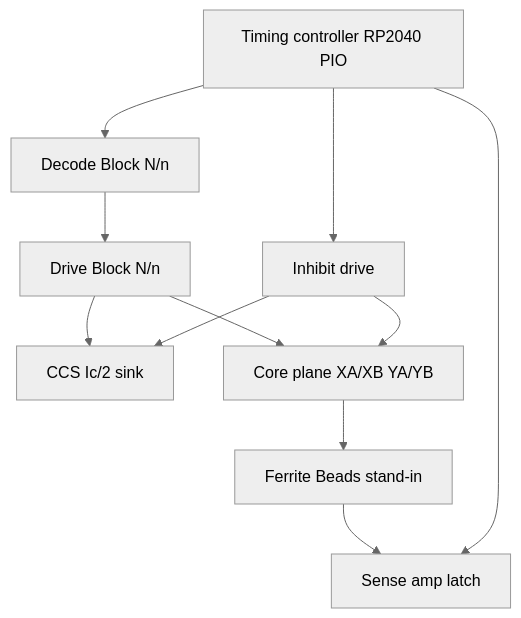
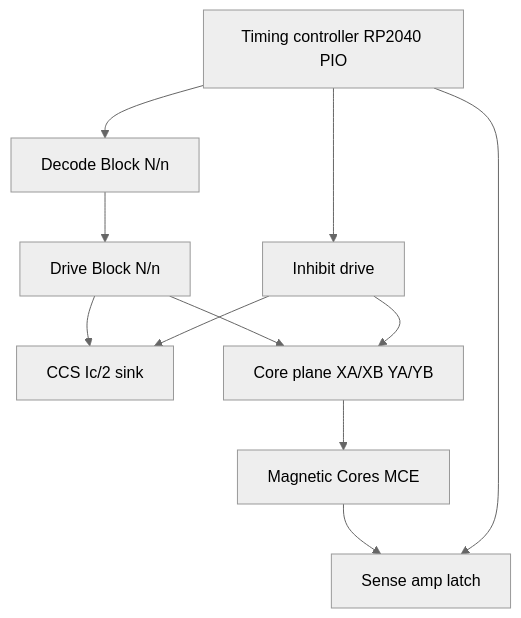
The diagram in docs/regions.md (fractalclockwork/core-memory), drawn with Mermaid (neutral theme) before and after one commit. The commit also changed other lines of this file and 16 other files, not shown here.

````diff
--- a/docs/regions.md
+++ b/docs/regions.md
@@ -7,22 +7,22 @@
 ```mermaid
 flowchart TB
   PIO[Timing controller RP2040 PIO]
   Decode[Decode Block N/n]
   Drive[Drive Block N/n]
   CCS[CCS Ic/2 sink]
   Sense[Sense amp latch]
-  Beads[Ferrite Beads stand-in]
+  Beads[Magnetic Cores MCE]
   Inhibit[Inhibit drive]
   Plane[Core plane XA/XB YA/YB]
 
   PIO --> Decode
   Decode --> Drive
   Drive --> Plane
   Drive --> CCS
   Plane --> Beads
   Beads --> Sense
   PIO --> Sense
   PIO --> Inhibit
   Inhibit --> Plane
   Inhibit --> CCS
 ```
````
